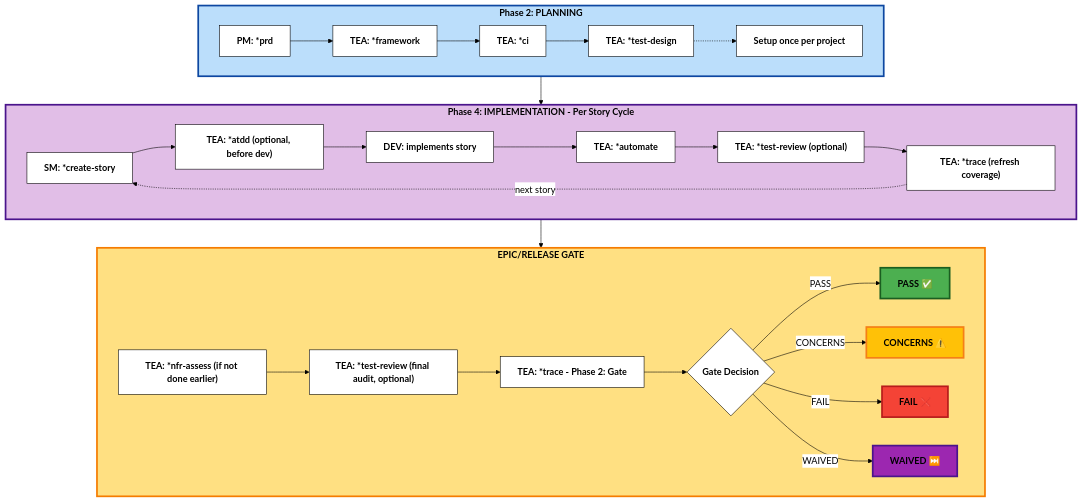
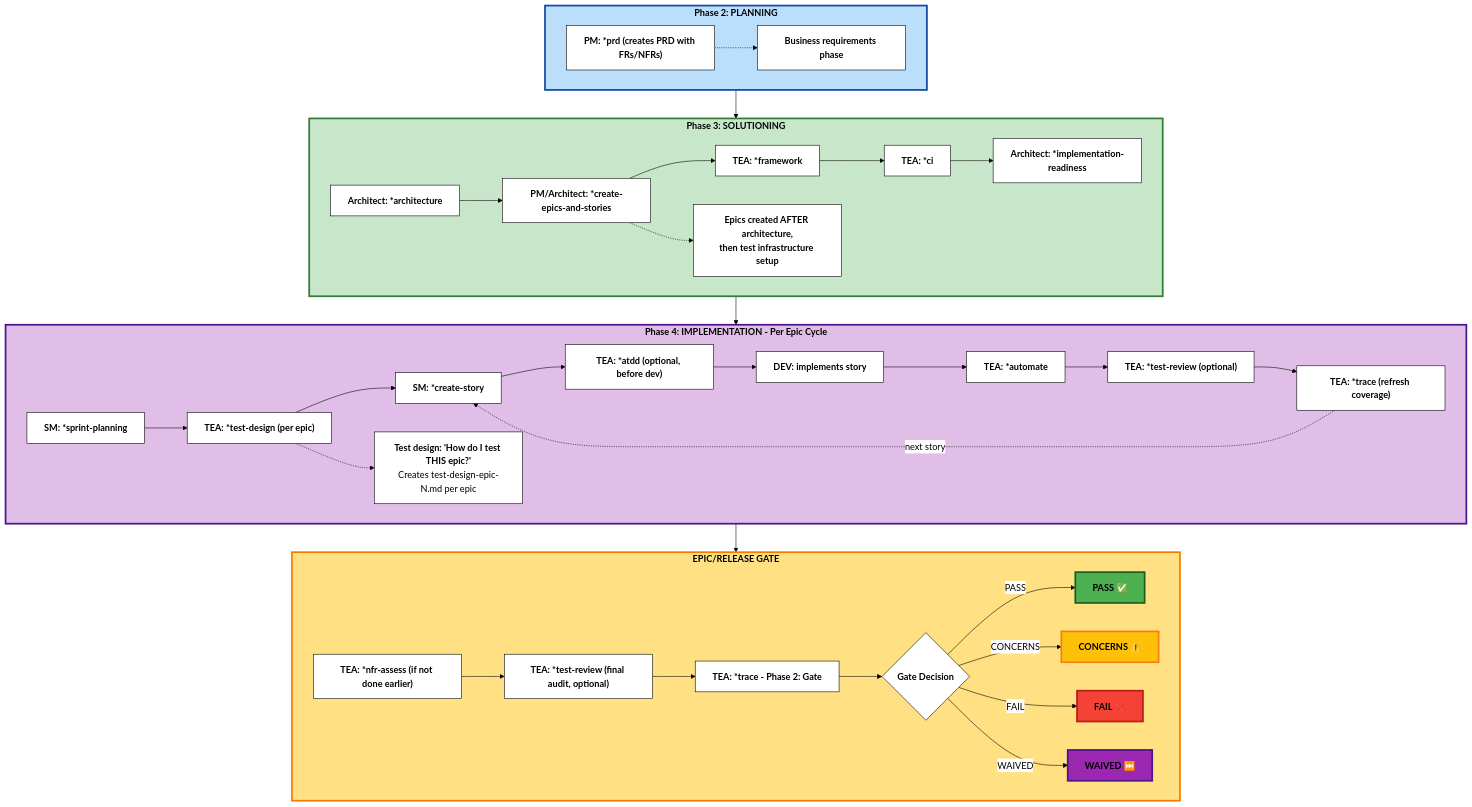
One commit to glennlugod/hl7-capture changed the diagram in bmad/bmm/docs/test-architecture.md. Above: the diagram before and after it, drawn with Mermaid. The commit also changed other lines of this file and 218 other files, not shown here.

````diff
--- a/bmad/bmm/docs/test-architecture.md
+++ b/bmad/bmm/docs/test-architecture.md
@@ -17,57 +17,73 @@
 ```mermaid
 %%{init: {'theme':'base', 'themeVariables': { 'primaryColor':'#fff','primaryTextColor':'#000','primaryBorderColor':'#000','lineColor':'#000','secondaryColor':'#fff','tertiaryColor':'#fff','fontSize':'16px','fontFamily':'arial'}}}%%
 graph TB
     subgraph Phase2["<b>Phase 2: PLANNING</b>"]
-        PM["<b>PM: *prd</b>"]
+        PM["<b>PM: *prd (creates PRD with FRs/NFRs)</b>"]
+        PlanNote["<b>Business requirements phase</b>"]
+        PM -.-> PlanNote
+    end
+
+    subgraph Phase3["<b>Phase 3: SOLUTIONING</b>"]
+        Architecture["<b>Architect: *architecture</b>"]
+        EpicsStories["<b>PM/Architect: *create-epics-and-stories</b>"]
         Framework["<b>TEA: *framework</b>"]
         CI["<b>TEA: *ci</b>"]
-        TestDesign["<b>TEA: *test-design</b>"]
-        PM --> Framework
+        GateCheck["<b>Architect: *implementation-readiness</b>"]
+        Architecture --> EpicsStories
+        EpicsStories --> Framework
         Framework --> CI
-        CI --> TestDesign
-        SetupNote["<b>Setup once per project</b>"]
-        TestDesign -.-> SetupNote
+        CI --> GateCheck
+        Phase3Note["<b>Epics created AFTER architecture,</b><br/><b>then test infrastructure setup</b>"]
+        EpicsStories -.-> Phase3Note
     end
 
-    subgraph Phase4["<b>Phase 4: IMPLEMENTATION - Per Story Cycle</b>"]
+    subgraph Phase4["<b>Phase 4: IMPLEMENTATION - Per Epic Cycle</b>"]
+        SprintPlan["<b>SM: *sprint-planning</b>"]
+        TestDesign["<b>TEA: *test-design (per epic)</b>"]
         CreateStory["<b>SM: *create-story</b>"]
         ATDD["<b>TEA: *atdd (optional, before dev)</b>"]
         DevImpl["<b>DEV: implements story</b>"]
         Automate["<b>TEA: *automate</b>"]
         TestReview1["<b>TEA: *test-review (optional)</b>"]
         Trace1["<b>TEA: *trace (refresh coverage)</b>"]
 
+        SprintPlan --> TestDesign
+        TestDesign --> CreateStory
         CreateStory --> ATDD
         ATDD --> DevImpl
         DevImpl --> Automate
         Automate --> TestReview1
         TestReview1 --> Trace1
         Trace1 -.->|next story| CreateStory
+        TestDesignNote["<b>Test design: 'How do I test THIS epic?'</b><br/>Creates test-design-epic-N.md per epic"]
+        TestDesign -.-> TestDesignNote
     end
 
     subgraph Gate["<b>EPIC/RELEASE GATE</b>"]
         NFR["<b>TEA: *nfr-assess (if not done earlier)</b>"]
         TestReview2["<b>TEA: *test-review (final audit, optional)</b>"]
         TraceGate["<b>TEA: *trace - Phase 2: Gate</b>"]
         GateDecision{"<b>Gate Decision</b>"}
 
         NFR --> TestReview2
         TestReview2 --> TraceGate
         TraceGate --> GateDecision
         GateDecision -->|PASS| Pass["<b>PASS ✅</b>"]
         GateDecision -->|CONCERNS| Concerns["<b>CONCERNS ⚠️</b>"]
         GateDecision -->|FAIL| Fail["<b>FAIL ❌</b>"]
         GateDecision -->|WAIVED| Waived["<b>WAIVED ⏭️</b>"]
     end
 
-    Phase2 --> Phase4
+    Phase2 --> Phase3
+    Phase3 --> Phase4
     Phase4 --> Gate
 
     style Phase2 fill:#bbdefb,stroke:#0d47a1,stroke-width:3px,color:#000
+    style Phase3 fill:#c8e6c9,stroke:#2e7d32,stroke-width:3px,color:#000
     style Phase4 fill:#e1bee7,stroke:#4a148c,stroke-width:3px,color:#000
     style Gate fill:#ffe082,stroke:#f57c00,stroke-width:3px,color:#000
     style Pass fill:#4caf50,stroke:#1b5e20,stroke-width:3px,color:#000
     style Concerns fill:#ffc107,stroke:#f57f17,stroke-width:3px,color:#000
     style Fail fill:#f44336,stroke:#b71c1c,stroke-width:3px,color:#000
     style Waived fill:#9c27b0,stroke:#4a148c,stroke-width:3px,color:#000
 ```
````
